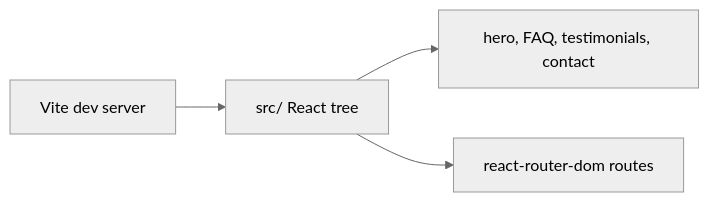
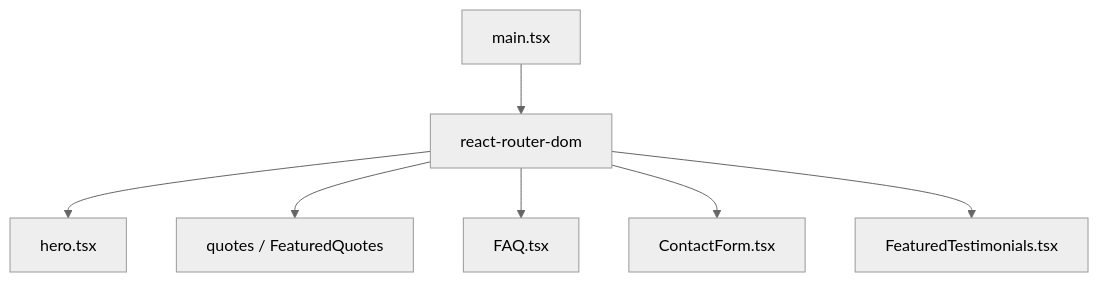
Before and after one commit to Aneesh495/splash: the diagram in README.md, drawn with Mermaid (neutral theme). The commit also changed other lines of this file, not shown here.

````diff
--- a/README.md
+++ b/README.md
@@ -8,6 +7,9 @@
 ```mermaid
-flowchart LR
-  Vite[Vite dev server] --> App[src/ React tree]
-  App --> Sections[hero, FAQ, testimonials, contact]
-  App --> Router[react-router-dom routes]
+flowchart TB
+  Entry[main.tsx] --> Router[react-router-dom]
+  Router --> Hero[hero.tsx]
+  Router --> Quotes[quotes / FeaturedQuotes]
+  Router --> FAQ[FAQ.tsx]
+  Router --> Contact[ContactForm.tsx]
+  Router --> Testimonials[FeaturedTestimonials.tsx]
 ```
````
